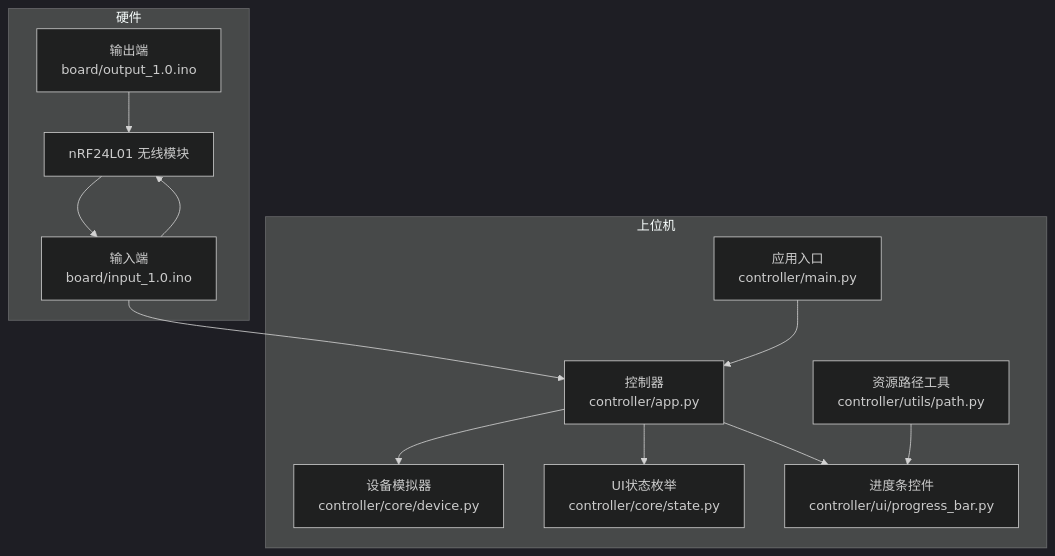
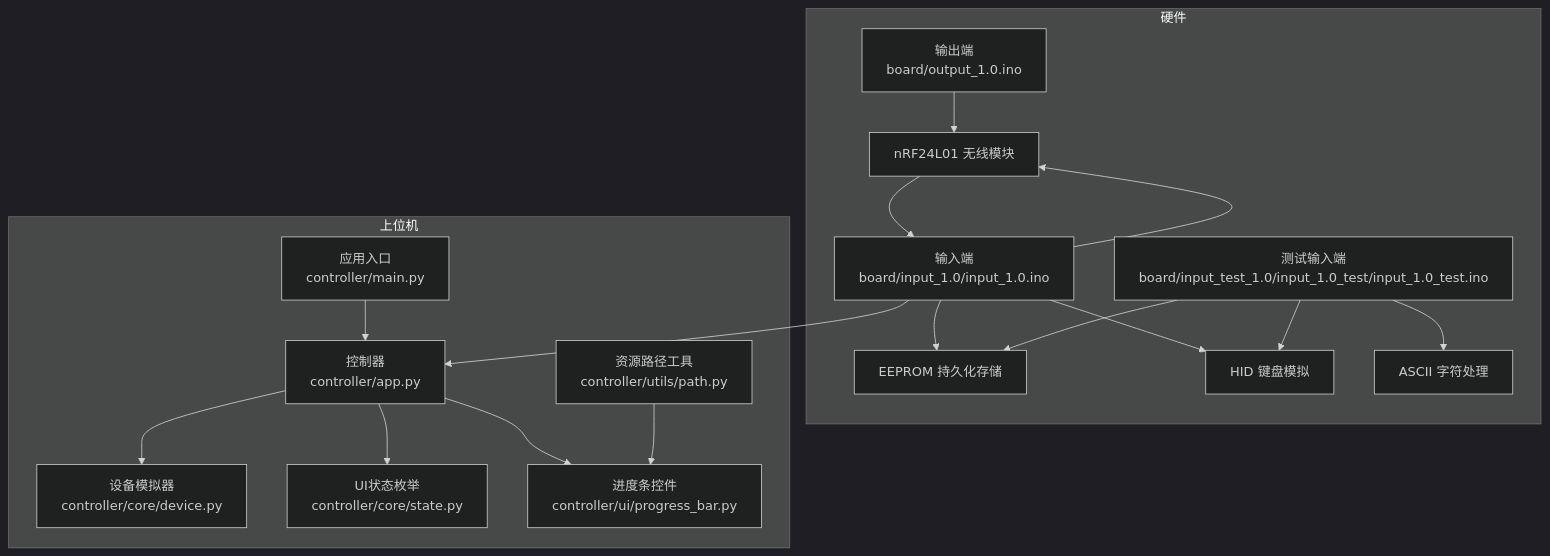
One commit to Hankun-P/wireless-keyboard-toy changed the first of 6 diagrams in .qoder/repowiki/zh/content/硬件系统设计/固件实现细节.md. Above: the diagram before and after it, drawn with Mermaid (dark theme). The commit also changed other lines of this file and 11 other files, not shown here.

````diff
--- a/.qoder/repowiki/zh/content/硬件系统设计/固件实现细节.md
+++ b/.qoder/repowiki/zh/content/硬件系统设计/固件实现细节.md
@@ -45,25 +59,34 @@
 ```mermaid
 graph TB
 subgraph "硬件"
 OUT["输出端<br/>board/output_1.0.ino"]
-INP["输入端<br/>board/input_1.0.ino"]
+INP["输入端<br/>board/input_1.0/input_1.0.ino"]
+INP_TEST["测试输入端<br/>board/input_test_1.0/input_1.0_test/input_1.0_test.ino"]
 NRF["nRF24L01 无线模块"]
+EEPROM["EEPROM 持久化存储"]
+KEYBOARD["HID 键盘模拟"]
+ASCII["ASCII 字符处理"]
 end
 subgraph "上位机"
 CTRL["控制器<br/>controller/app.py"]
 APP["应用入口<br/>controller/main.py"]
 DEV["设备模拟器<br/>controller/core/device.py"]
 STATE["UI状态枚举<br/>controller/core/state.py"]
 PROG["进度条控件<br/>controller/ui/progress_bar.py"]
 PATH["资源路径工具<br/>controller/utils/path.py"]
 end
 OUT --> NRF
 INP --> NRF
+INP --> EEPROM
+INP --> KEYBOARD
+INP_TEST --> EEPROM
+INP_TEST --> KEYBOARD
+INP_TEST --> ASCII
 NRF --> INP
 INP --> CTRL
 CTRL --> DEV
 CTRL --> STATE
 CTRL --> PROG
 APP --> CTRL
 PATH --> PROG
 ```
````
